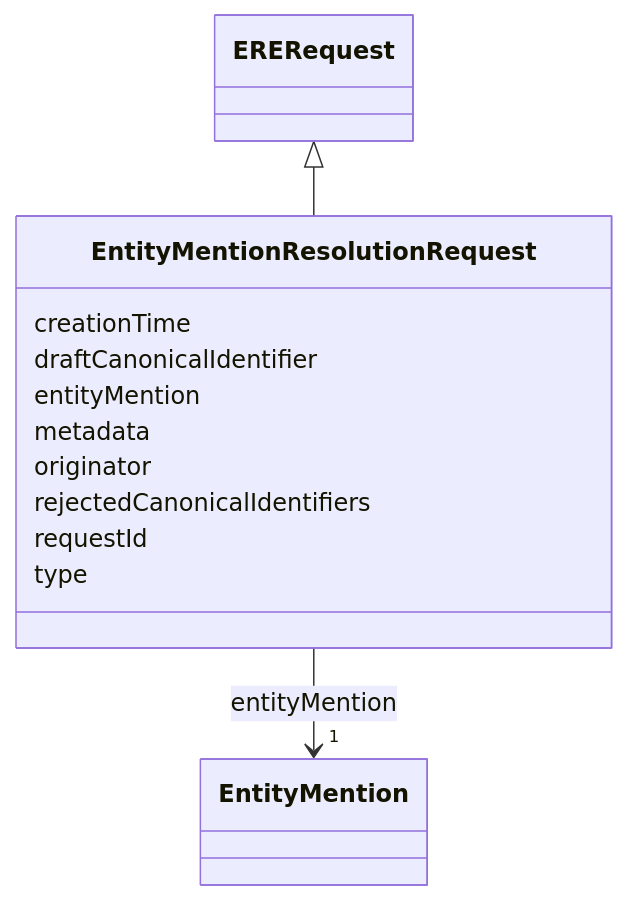
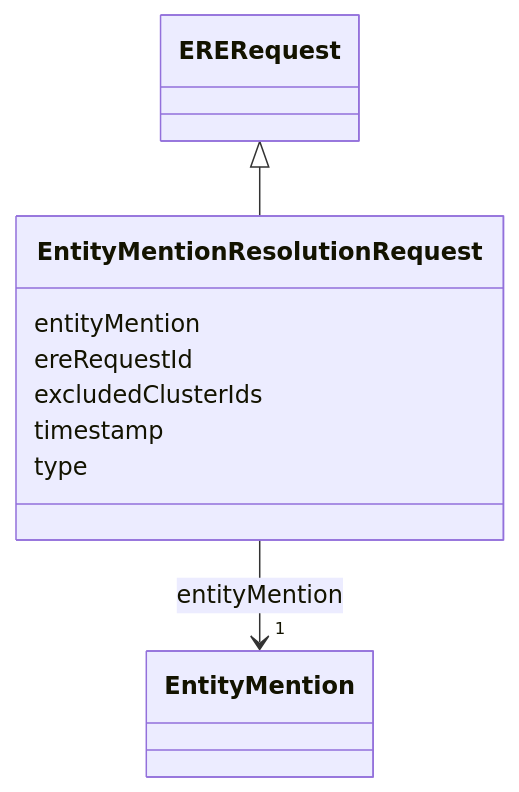
Before and after one commit to OP-TED/entity-resolution-spec: the diagram in docs/schema/EntityMentionResolutionRequest.md, drawn with Mermaid. The commit also changed other lines of this file and 46 other files, not shown here.

````diff
--- a/docs/schema/EntityMentionResolutionRequest.md
+++ b/docs/schema/EntityMentionResolutionRequest.md
@@ -20,34 +20,28 @@
 ```mermaid
  classDiagram
     class EntityMentionResolutionRequest
     click EntityMentionResolutionRequest href "../EntityMentionResolutionRequest/"
       ERERequest <|-- EntityMentionResolutionRequest
         click ERERequest href "../ERERequest/"
       
-      EntityMentionResolutionRequest : creationTime
-        
-      EntityMentionResolutionRequest : draftCanonicalIdentifier
-        
       EntityMentionResolutionRequest : entityMention
         
           
     
         
         
         EntityMentionResolutionRequest --> "1" EntityMention : entityMention
         click EntityMention href "../EntityMention/"
     
 
         
-      EntityMentionResolutionRequest : metadata
+      EntityMentionResolutionRequest : ereRequestId
         
-      EntityMentionResolutionRequest : originator
+      EntityMentionResolutionRequest : excludedClusterIds
         
-      EntityMentionResolutionRequest : rejectedCanonicalIdentifiers
-        
-      EntityMentionResolutionRequest : requestId
+      EntityMentionResolutionRequest : timestamp
         
       EntityMentionResolutionRequest : type
         
       
 ```
````
